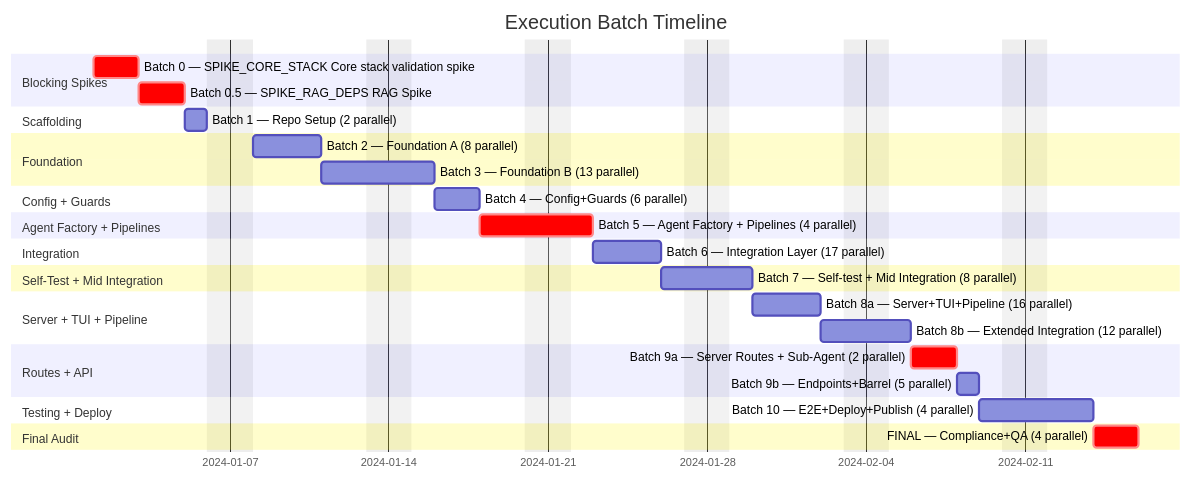
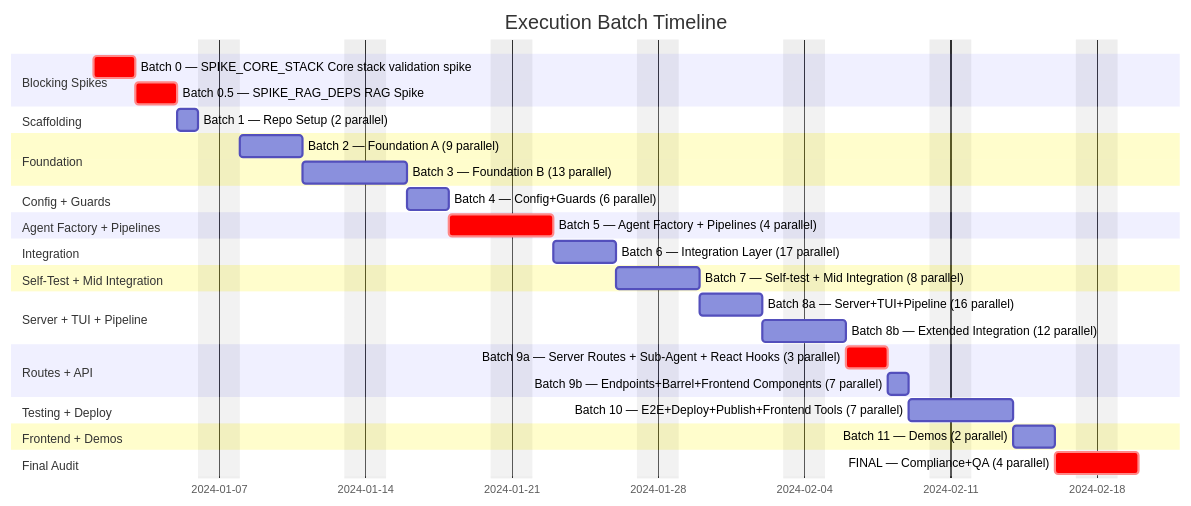
The first of 10 diagrams in plan/17-execution.md (1qh/safeagent), drawn with Mermaid before and after one commit. The commit also changed other lines of this file, not shown here.

Commit message:
plan: add 9 frontend SDK tasks to execution plan — batches, dependencies, registry, dispatch

````diff
--- a/plan/17-execution.md
+++ b/plan/17-execution.md
@@ -28,43 +28,46 @@
 ```mermaid
 gantt
     title Execution Batch Timeline
     dateFormat YYYY-MM-DD
     excludes weekends
 
     section Blocking Spikes
     Batch 0 — SPIKE_CORE_STACK Core stack validation spike          :crit, SPIKE_CORE_STACK_GATE, 2024-01-01, 2d
     Batch 0.5 — SPIKE_RAG_DEPS RAG Spike               :crit, SPIKE_RAG_DEPENDENCY_GATE, after SPIKE_CORE_STACK_GATE, 2d
 
     section Scaffolding
     Batch 1 — Repo Setup (2 parallel)           :SCAFFOLDING_BATCH, after SPIKE_RAG_DEPENDENCY_GATE, 1d
 
     section Foundation
-    Batch 2 — Foundation A (8 parallel)          :FOUNDATION_A_BATCH, after SCAFFOLDING_BATCH, 3d
+    Batch 2 — Foundation A (9 parallel)          :FOUNDATION_A_BATCH, after SCAFFOLDING_BATCH, 3d
     Batch 3 — Foundation B (13 parallel)         :FOUNDATION_B_BATCH, after FOUNDATION_A_BATCH, 3d
 
     section Config + Guards
     Batch 4 — Config+Guards (6 parallel)         :CONFIG_GUARDS_BATCH, after FOUNDATION_B_BATCH, 2d
 
     section Agent Factory + Pipelines
     Batch 5 — Agent Factory + Pipelines (4 parallel)      :crit, AGENT_PIPELINE_BATCH, after CONFIG_GUARDS_BATCH, 3d
 
     section Integration
     Batch 6 — Integration Layer (17 parallel)    :INTEGRATION_BATCH, after AGENT_PIPELINE_BATCH, 3d
 
     section Self-Test + Mid Integration
     Batch 7 — Self-test + Mid Integration (8 parallel):SELFTEST_MIDINTEGRATION_BATCH, after INTEGRATION_BATCH, 2d
 
     section Server + TUI + Pipeline
     Batch 8a — Server+TUI+Pipeline (16 parallel) :SERVER_TUI_PIPELINE_BATCH, after SELFTEST_MIDINTEGRATION_BATCH, 3d
     Batch 8b — Extended Integration (12 parallel) :EXTENDED_INTEGRATION_BATCH, after SERVER_TUI_PIPELINE_BATCH, 2d
 
     section Routes + API
-    Batch 9a — Server Routes + Sub-Agent (2 parallel)      :crit, SERVER_ROUTES_SUBAGENT_BATCH, after EXTENDED_INTEGRATION_BATCH, 2d
-    Batch 9b — Endpoints+Barrel (5 parallel)     :ENDPOINTS_BARREL_BATCH, after SERVER_ROUTES_SUBAGENT_BATCH, 1d
+    Batch 9a — Server Routes + Sub-Agent + React Hooks (3 parallel)      :crit, SERVER_ROUTES_SUBAGENT_BATCH, after EXTENDED_INTEGRATION_BATCH, 2d
+    Batch 9b — Endpoints+Barrel+Frontend Components (7 parallel)     :ENDPOINTS_BARREL_BATCH, after SERVER_ROUTES_SUBAGENT_BATCH, 1d
 
     section Testing + Deploy
-    Batch 10 — E2E+Deploy+Publish (4 parallel)   :E2E_DEPLOY_BATCH, after ENDPOINTS_BARREL_BATCH, 3d
+    Batch 10 — E2E+Deploy+Publish+Frontend Tools (7 parallel)   :E2E_DEPLOY_BATCH, after ENDPOINTS_BARREL_BATCH, 3d
+
+    section Frontend + Demos
+    Batch 11 — Demos (2 parallel)              :FRONTEND_DEMOS_BATCH, after E2E_DEPLOY_BATCH, 2d
 
     section Final Audit
-    FINAL — Compliance+QA (4 parallel)          :crit, FINAL_AUDIT_BATCH, after E2E_DEPLOY_BATCH, 2d
+    FINAL — Compliance+QA (4 parallel)          :crit, FINAL_AUDIT_BATCH, after FRONTEND_DEMOS_BATCH, 2d
 ```
````
